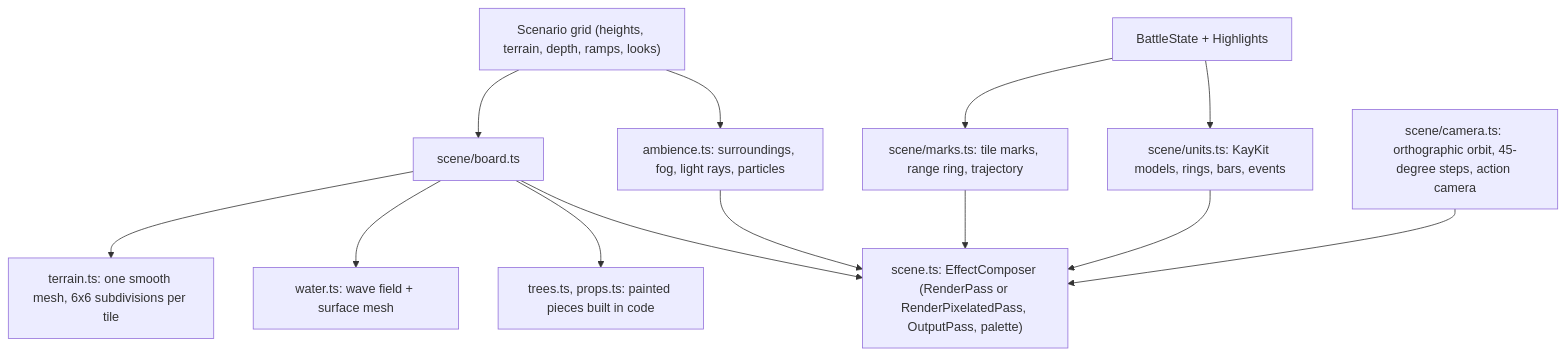
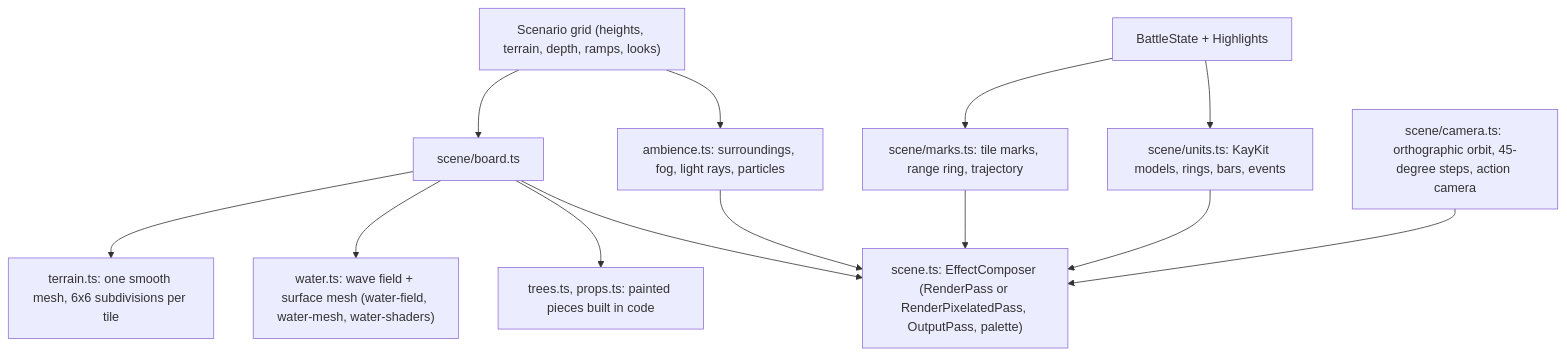
One commit to Dungeon-Tactics-Domain/dungeon-tactics changed the third of 3 diagrams in ARCHITECTURE.md. Above: the diagram before and after it, drawn with Mermaid. The commit also changed other lines of this file and 1 other file, not shown here.

Commit message:
docs: point the water, terrain and tree citations at the split files

````diff
--- a/ARCHITECTURE.md
+++ b/ARCHITECTURE.md
@@ -95,12 +95,12 @@
 ```mermaid
 flowchart TB
   M["Scenario grid (heights, terrain, depth, ramps, looks)"] --> BD["scene/board.ts"]
   BD --> T["terrain.ts: one smooth mesh, 6x6 subdivisions per tile"]
-  BD --> W["water.ts: wave field + surface mesh"]
+  BD --> W["water.ts: wave field + surface mesh (water-field, water-mesh, water-shaders)"]
   BD --> TR["trees.ts, props.ts: painted pieces built in code"]
   M --> AM["ambience.ts: surroundings, fog, light rays, particles"]
   ST["BattleState + Highlights"] --> MK["scene/marks.ts: tile marks, range ring, trajectory"]
   ST --> U["scene/units.ts: KayKit models, rings, bars, events"]
   CAM["scene/camera.ts: orthographic orbit, 45-degree steps, action camera"]
   BD & AM & MK & U & CAM --> R["scene.ts: EffectComposer (RenderPass or RenderPixelatedPass, OutputPass, palette)"]
 ```
````
